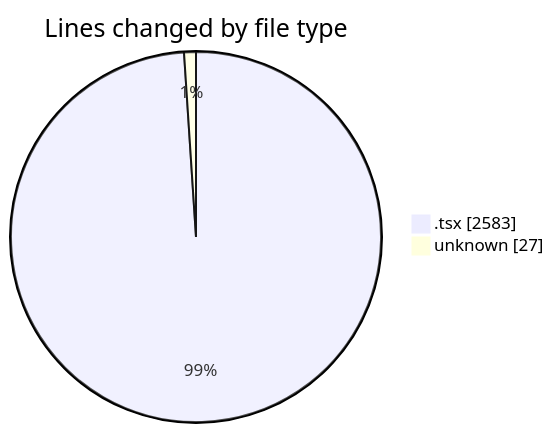
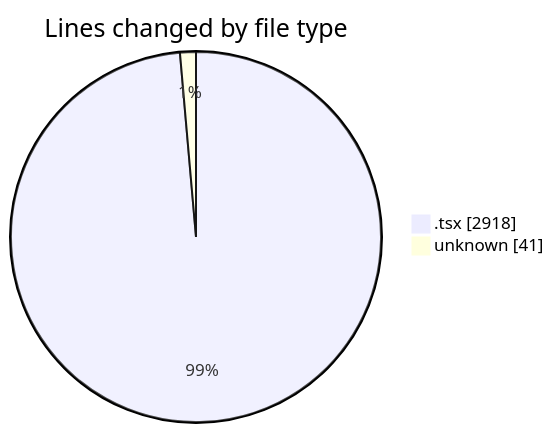
One commit to JenPaints/code-tracking changed the first of 2 diagrams in 2025-05-29/kimberly-groups/README.md. Above: the diagram before and after it, drawn with Mermaid. The commit also changed other lines of this file and 1 other file, not shown here.

````diff
--- a/2025-05-29/kimberly-groups/README.md
+++ b/2025-05-29/kimberly-groups/README.md
@@ -28,6 +28,6 @@
 ```mermaid
 pie showData
 title Lines changed by file type
-".tsx" : 2583
-"unknown" : 27
+".tsx" : 2918
+"unknown" : 41
 ```
````
